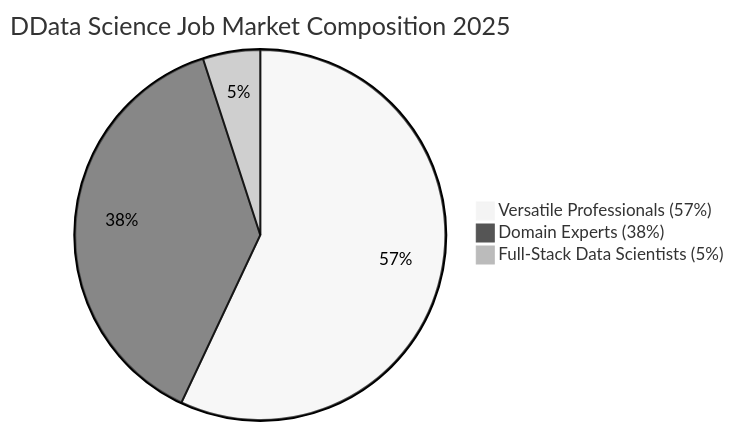
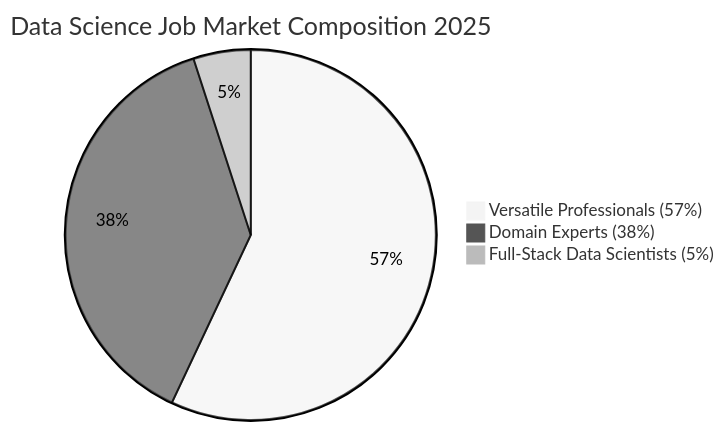
Before and after one commit to gghimire2041/AI-Articles: the second of 14 diagrams in Survive-Data-Science-2025.md, drawn with Mermaid (neutral theme). The commit also changed other lines of this file, not shown here.

````diff
--- a/Survive-Data-Science-2025.md
+++ b/Survive-Data-Science-2025.md
@@ -38,6 +38,6 @@
 ```mermaid
-pie title DData Science Job Market Composition 2025
+pie title Data Science Job Market Composition 2025
     "Versatile Professionals (57%)" : 57
     "Domain Experts (38%)" : 38
     "Full-Stack Data Scientists (5%)" : 5
 ```
````
